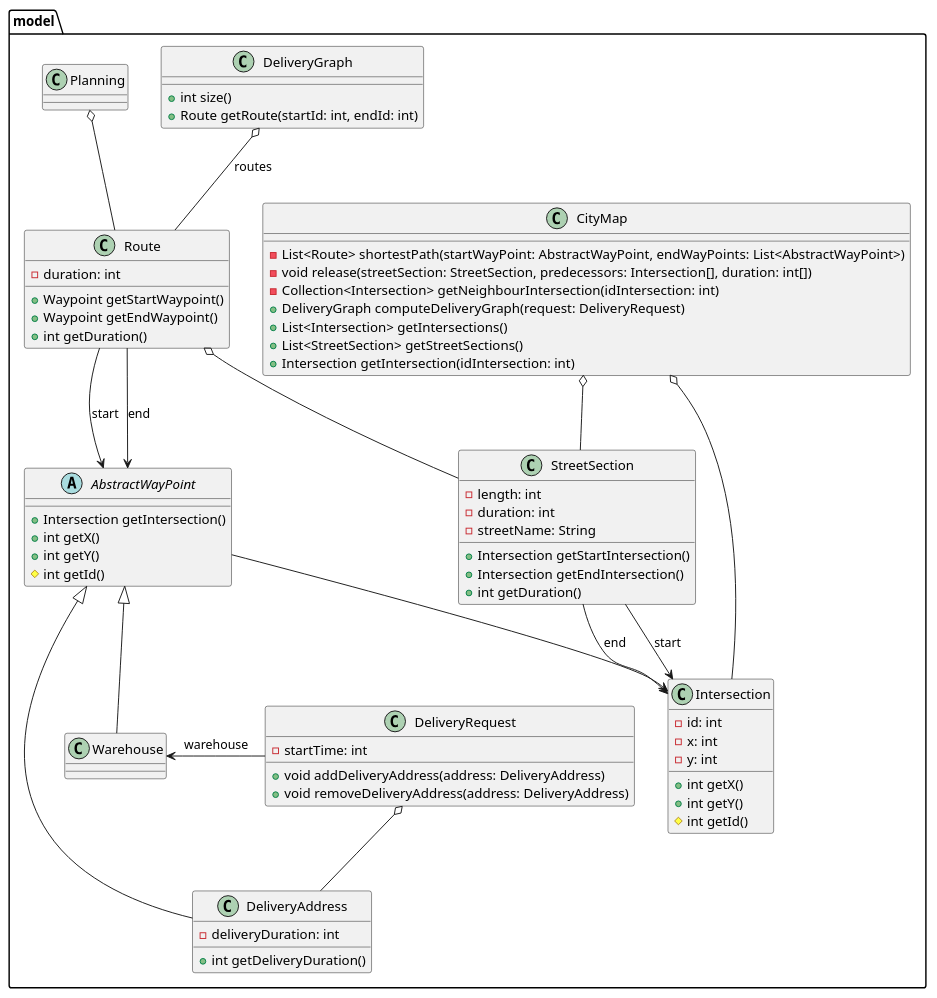
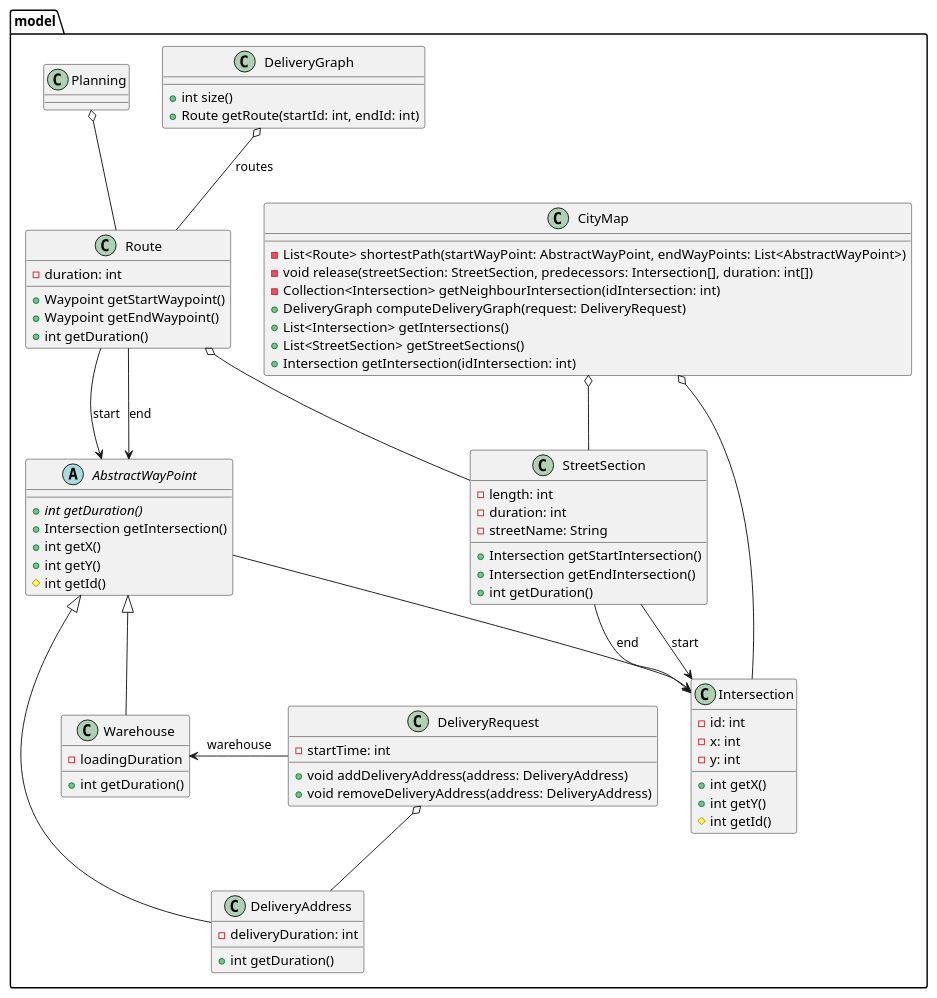
One commit to if-h4102/pld-agile changed the diagram in docs/uml/package.model.puml. Above: the diagram before and after it, drawn with PlantUML.

```diff
--- a/docs/uml/package.model.puml
+++ b/docs/uml/package.model.puml
@@ -1,88 +1,89 @@
 @startuml
 
 package model {
     class CityMap {
        -List<Route> shortestPath(startWayPoint: AbstractWayPoint, endWayPoints: List<AbstractWayPoint>)
        -void release(streetSection: StreetSection, predecessors: Intersection[], duration: int[])
        -Collection<Intersection> getNeighbourIntersection(idIntersection: int)
        +DeliveryGraph computeDeliveryGraph(request: DeliveryRequest)
        +List<Intersection> getIntersections()
        +List<StreetSection> getStreetSections()
        +Intersection getIntersection(idIntersection: int)
     }
 
     class DeliveryGraph {
         +int size()
         +Route getRoute(startId: int, endId: int)
     }
 
     class StreetSection {
         -length: int
         -duration: int
         -streetName: String
         +Intersection getStartIntersection()
         +Intersection getEndIntersection()
         +int getDuration()
     }
 
     class Intersection {
         -id: int
         -x: int
         -y: int
         +int getX()
         +int getY()
         #int getId()
     }
 
     abstract class AbstractWayPoint {
+        +{abstract} int getDuration()
         +Intersection getIntersection()
         +int getX()
         +int getY()
         #int getId()
     }
 
     class DeliveryAddress {
         -deliveryDuration: int
-'        -deliveryIntervalStart: int
-'        -deliveryIntervalEnd: int
-        +int getDeliveryDuration()
+        +int getDuration()
     }
 
     class Warehouse {
+        -loadingDuration
+        +int getDuration()
     }
 
     class DeliveryRequest {
         -startTime: int
         +void addDeliveryAddress(address: DeliveryAddress)
         +void removeDeliveryAddress(address: DeliveryAddress)
     }
 
     class Planning {
     }
 
     class Route {
         -duration: int
         +Waypoint getStartWaypoint()
         +Waypoint getEndWaypoint()
         +int getDuration()
     }
 
     CityMap o-- StreetSection
     CityMap o-- Intersection
     AbstractWayPoint --> Intersection
     StreetSection --> Intersection : end
     StreetSection --> Intersection : start
     Route o-- StreetSection
     Route --> AbstractWayPoint : end
     Route --> AbstractWayPoint : start
     AbstractWayPoint <|-- DeliveryAddress
     AbstractWayPoint <|-- Warehouse
     DeliveryRequest o-- DeliveryAddress
     DeliveryRequest -left-> Warehouse : warehouse
     DeliveryGraph o-- Route : routes
     Planning o-- Route
 }
 
 
 
 @enduml
```
